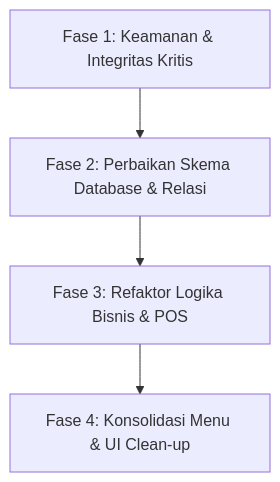
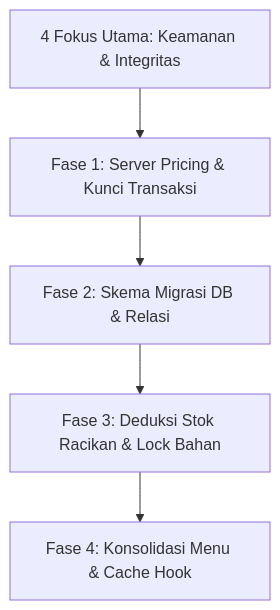
Before and after one commit to rifqihg/Apotek_Kinanthi: the second of 2 diagrams in SYSTEM_AUDIT_REPORT.md, drawn with Mermaid. The commit also changed other lines of this file and 21 other files, not shown here.

````diff
--- a/SYSTEM_AUDIT_REPORT.md
+++ b/SYSTEM_AUDIT_REPORT.md
@@ -217,6 +205,7 @@
 ```mermaid
 graph TD
-    A[Fase 1: Keamanan & Integritas Kritis] --> B[Fase 2: Perbaikan Skema Database & Relasi]
-    B --> C[Fase 3: Refaktor Logika Bisnis & POS]
-    C --> D[Fase 4: Konsolidasi Menu & UI Clean-up]
+    A[4 Fokus Utama: Keamanan & Integritas] --> B[Fase 1: Server Pricing & Kunci Transaksi]
+    B --> C[Fase 2: Skema Migrasi DB & Relasi]
+    C --> D[Fase 3: Deduksi Stok Racikan & Lock Bahan]
+    D --> E[Fase 4: Konsolidasi Menu & Cache Hook]
 ```
````
